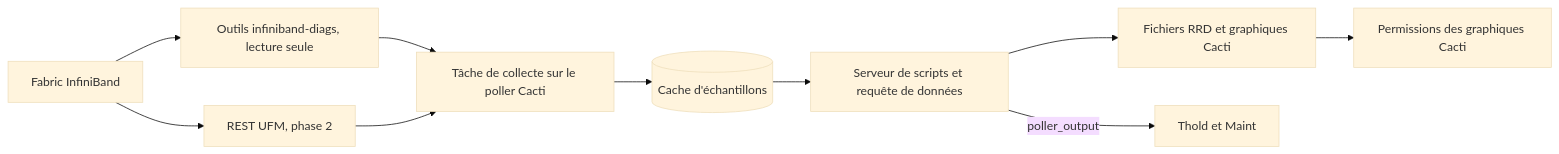
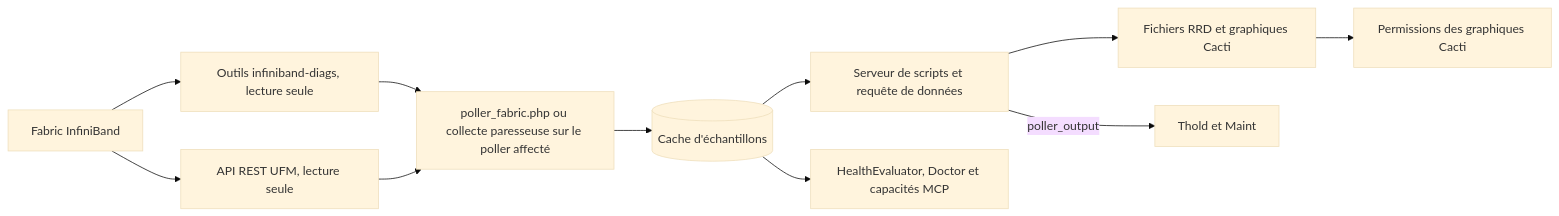
One commit to somethingwithproof/plugin_fabric changed the diagram in docs/i18n/fr-FR/README.md. Above: the diagram before and after it, drawn with Mermaid (base theme). The commit also changed other lines of this file and 48 other files, not shown here.

````diff
--- a/docs/i18n/fr-FR/README.md
+++ b/docs/i18n/fr-FR/README.md
@@ -92,12 +132,13 @@
 ```mermaid
 flowchart LR
     F[Fabric InfiniBand] --> T[Outils infiniband-diags, lecture seule]
-    F --> U[REST UFM, phase 2]
-    T --> S[Tâche de collecte sur le poller Cacti]
+    F --> U[API REST UFM, lecture seule]
+    T --> S[poller_fabric.php ou collecte paresseuse sur le poller affecté]
     U --> S
     S --> C[(Cache d'échantillons)]
     C --> SS[Serveur de scripts et requête de données]
     SS --> R[Fichiers RRD et graphiques Cacti]
     SS -->|poller_output| TH[Thold et Maint]
+    C --> H[HealthEvaluator, Doctor et capacités MCP]
     R --> P[Permissions des graphiques Cacti]
 ```
````
